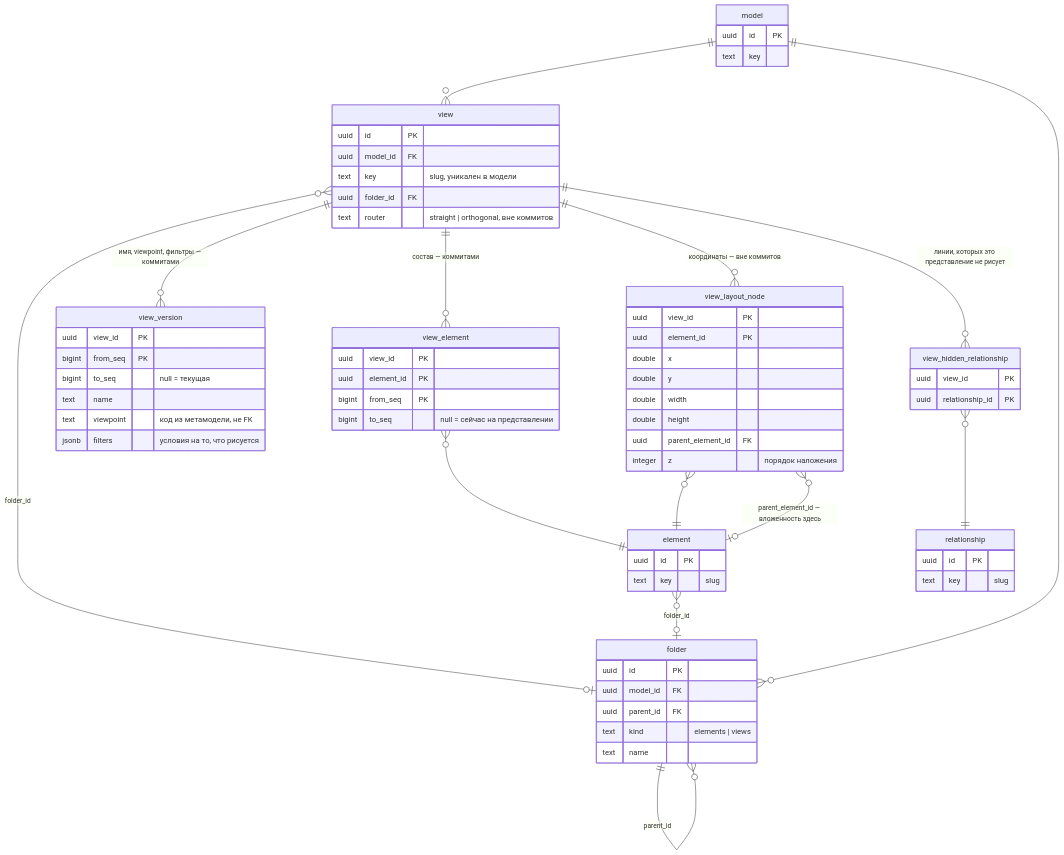
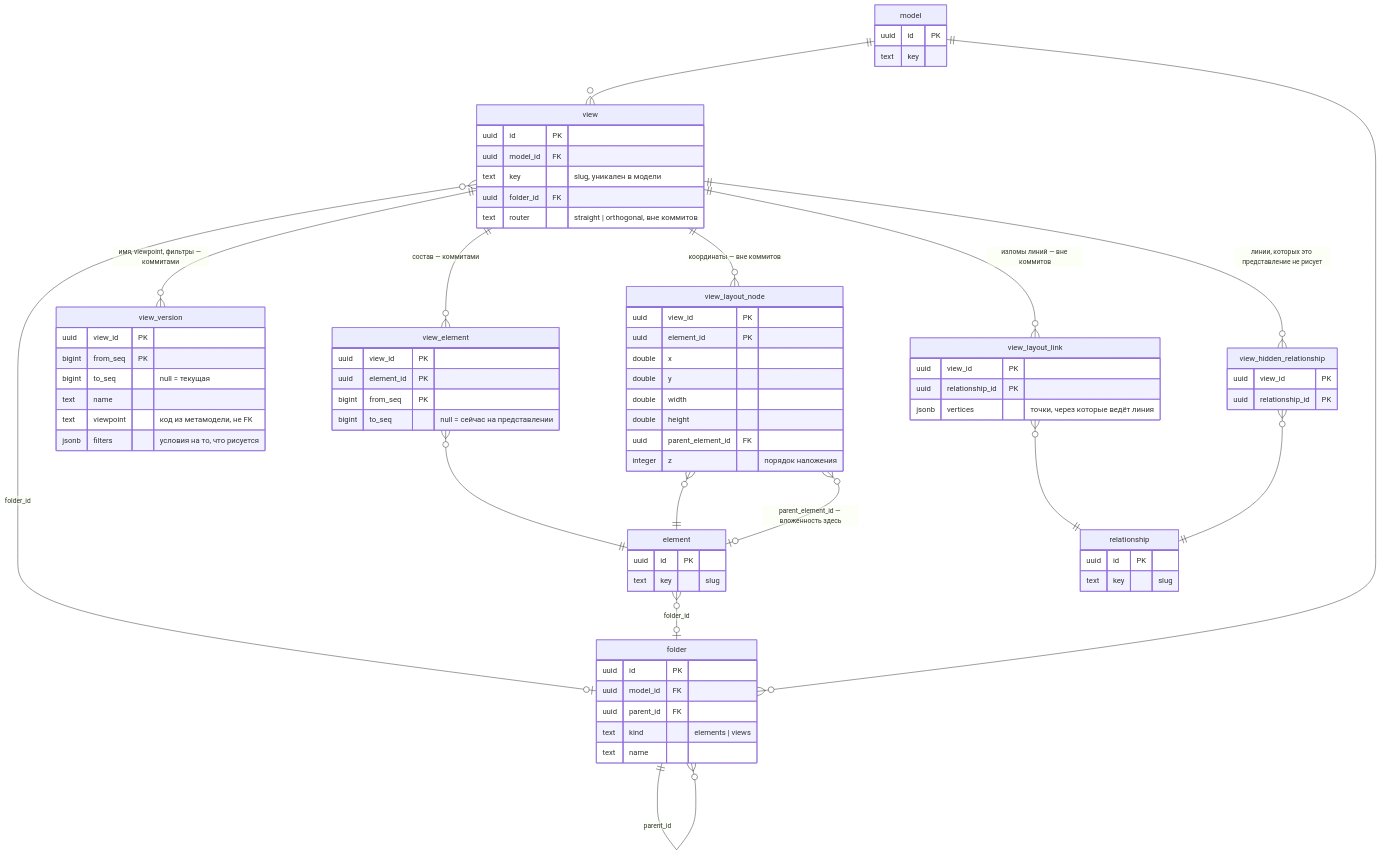
The second of 2 diagrams in docs/07-database-schema.md (SergiusAC/archgrid), drawn with Mermaid before and after one commit. The commit also changed other lines of this file and 14 other files, not shown here.

````diff
--- a/docs/07-database-schema.md
+++ b/docs/07-database-schema.md
@@ -99,73 +99,80 @@
 ```mermaid
 erDiagram
     model ||--o{ view : ""
     model ||--o{ folder : ""
     folder ||--o{ folder : "parent_id"
     element }o--o| folder : "folder_id"
     view }o--o| folder : "folder_id"
 
     view ||--o{ view_version : "имя, viewpoint, фильтры — коммитами"
     view ||--o{ view_element : "состав — коммитами"
     view_element }o--|| element : ""
 
     view ||--o{ view_layout_node : "координаты — вне коммитов"
     view_layout_node }o--|| element : ""
     view_layout_node }o--o| element : "parent_element_id — вложенность здесь"
+    view ||--o{ view_layout_link : "изломы линий — вне коммитов"
+    view_layout_link }o--|| relationship : ""
     view ||--o{ view_hidden_relationship : "линии, которых это представление не рисует"
     view_hidden_relationship }o--|| relationship : ""
 
     view {
         uuid id PK
         uuid model_id FK
         text key "slug, уникален в модели"
         uuid folder_id FK
         text router "straight | orthogonal, вне коммитов"
     }
     view_version {
         uuid view_id PK
         bigint from_seq PK
         bigint to_seq "null = текущая"
         text name
         text viewpoint "код из метамодели, не FK"
         jsonb filters "условия на то, что рисуется"
     }
     view_element {
         uuid view_id PK
         uuid element_id PK
         bigint from_seq PK
         bigint to_seq "null = сейчас на представлении"
     }
     view_layout_node {
         uuid view_id PK
         uuid element_id PK
         double x
         double y
         double width
         double height
         uuid parent_element_id FK
         integer z "порядок наложения"
     }
+    view_layout_link {
+        uuid view_id PK
+        uuid relationship_id PK
+        jsonb vertices "точки, через которые ведёт линия"
+    }
     view_hidden_relationship {
         uuid view_id PK
         uuid relationship_id PK
     }
     folder {
         uuid id PK
         uuid model_id FK
         uuid parent_id FK
         text kind "elements | views"
         text name
     }
     element {
         uuid id PK
         text key "slug"
     }
     relationship {
         uuid id PK
         text key "slug"
     }
     model {
         uuid id PK
         text key
     }
 ```
````
